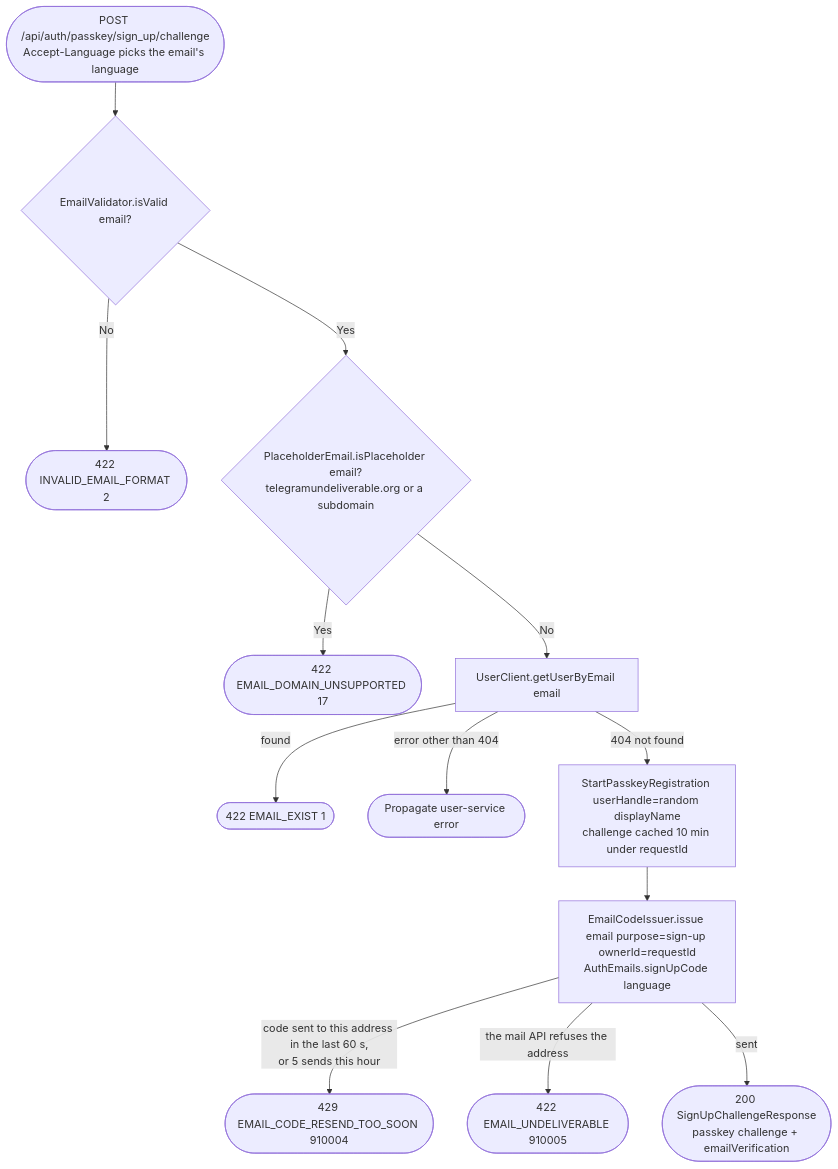
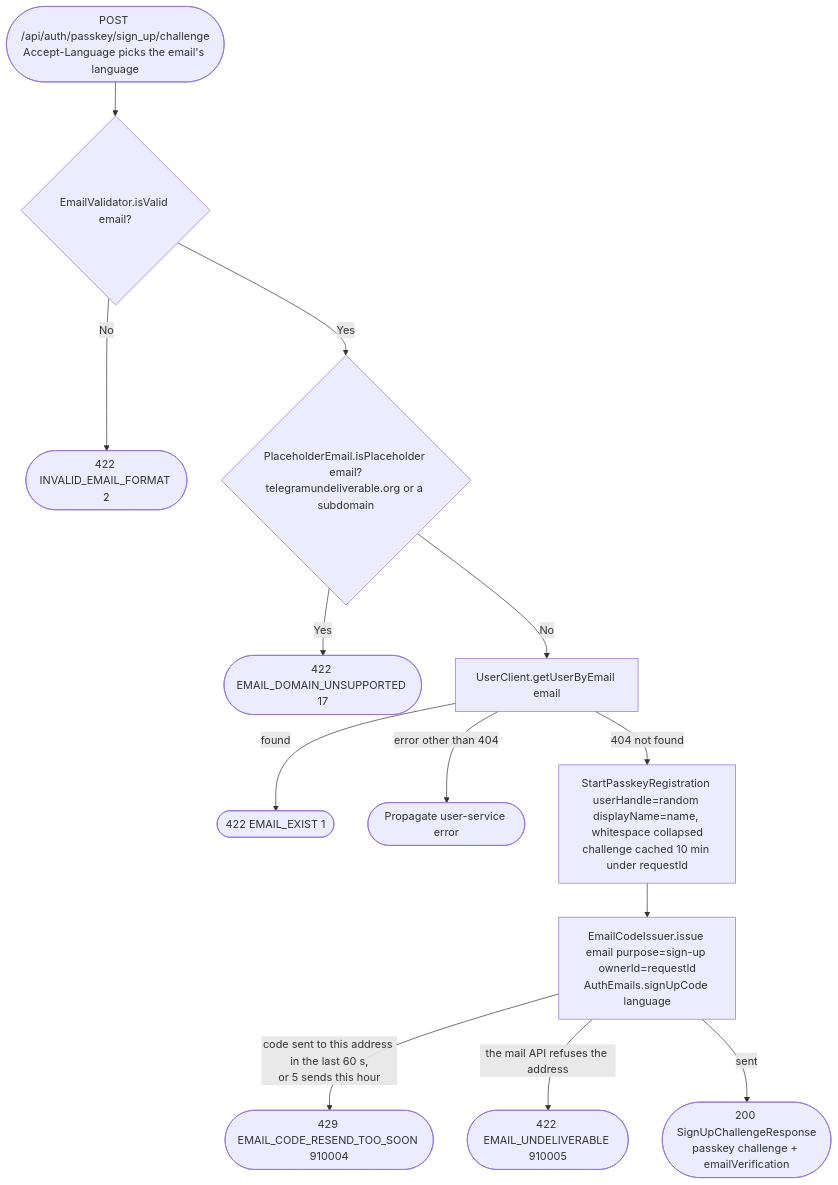
One commit to nocturneproperties/bookkme changed the diagram in docs/operations/authorization/sign-up-challenge.md. Above: the diagram before and after it, drawn with Mermaid. The commit also changed other lines of this file and 17 other files, not shown here.

Commit message:
[ISSUE-201] allow single name registration

````diff
--- a/docs/operations/authorization/sign-up-challenge.md
+++ b/docs/operations/authorization/sign-up-challenge.md
@@ -16,15 +18,15 @@
 ```mermaid
 flowchart TD
     Start([POST /api/auth/passkey/sign_up/challenge<br/>Accept-Language picks the email's language]) --> EmailFormat{EmailValidator.isValid email?}
     EmailFormat -- No --> R422a([422 INVALID_EMAIL_FORMAT 2])
     EmailFormat -- Yes --> Placeholder{PlaceholderEmail.isPlaceholder email?<br/>telegramundeliverable.org or a subdomain}
     Placeholder -- Yes --> R422d([422 EMAIL_DOMAIN_UNSUPPORTED 17])
     Placeholder -- No --> LookupUser[UserClient.getUserByEmail email]
     LookupUser -- found --> R422b([422 EMAIL_EXIST 1])
     LookupUser -- error other than 404 --> RErr([Propagate user-service error])
-    LookupUser -- 404 not found --> StartPasskey[StartPasskeyRegistration userHandle=random displayName<br/>challenge cached 10 min under requestId]
+    LookupUser -- 404 not found --> StartPasskey[StartPasskeyRegistration userHandle=random displayName=name, whitespace collapsed<br/>challenge cached 10 min under requestId]
     StartPasskey --> Issue[EmailCodeIssuer.issue email purpose=sign-up ownerId=requestId<br/>AuthEmails.signUpCode language]
     Issue -- code sent to this address in the last 60 s,<br/>or 5 sends this hour --> R429([429 EMAIL_CODE_RESEND_TOO_SOON 910004])
     Issue -- the mail API refuses the address --> R422c([422 EMAIL_UNDELIVERABLE 910005])
     Issue -- sent --> R200([200 SignUpChallengeResponse<br/>passkey challenge + emailVerification])
 ```
````
